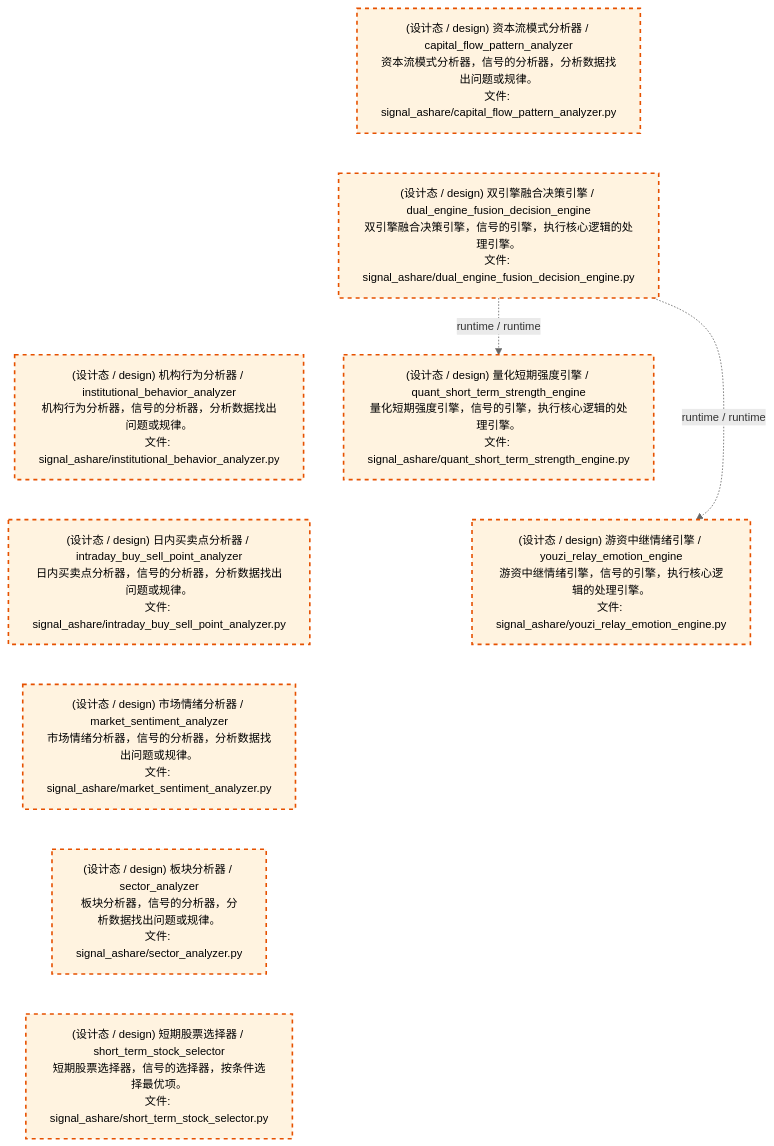
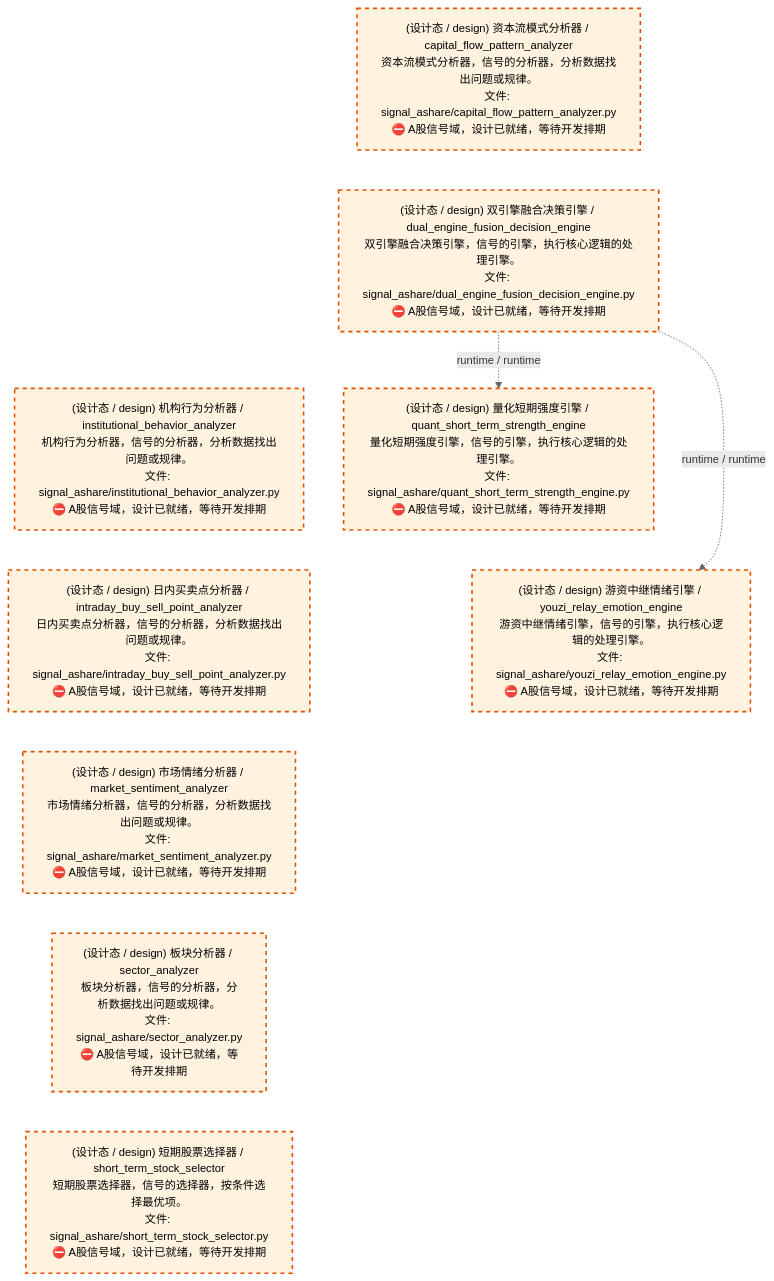
Before and after one commit to xuanFelixVan/ZephyrAlpha: the third of 4 diagrams in docs/02_enterprise_architecture/02_domain_architecture_docs/32_d_ashare_signal.md, drawn with Mermaid. The commit also changed other lines of this file and 50 other files, not shown here.

````diff
--- a/docs/02_enterprise_architecture/02_domain_architecture_docs/32_d_ashare_signal.md
+++ b/docs/02_enterprise_architecture/02_domain_architecture_docs/32_d_ashare_signal.md
@@ -130,27 +130,27 @@
 ```mermaid
 %%{init: {'theme': 'base', 'themeVariables': {'primaryColor': '#eaeaea', 'primaryTextColor': '#333333', 'primaryBorderColor': '#666666', 'lineColor': '#666666', 'secondaryColor': '#eaeaea', 'tertiaryColor': '#eaeaea', 'fontSize': '14px'}}}%%
 flowchart TD
-    src_zephyr_signal_ashare_capital_flow_pattern_analyzer_py["(设计态 / design) 资本流模式分析器 / capital_flow_pattern_analyzer<br/>资本流模式分析器，信号的分析器，分析数据找出问题或规律。<br/>文件: signal_ashare/capital_flow_pattern_analyzer.py"]
-    src_zephyr_signal_ashare_dual_engine_fusion_decision_engine_py["(设计态 / design) 双引擎融合决策引擎 / dual_engine_fusion_decision_engine<br/>双引擎融合决策引擎，信号的引擎，执行核心逻辑的处理引擎。<br/>文件: signal_ashare/dual_engine_fusion_decision_engine.py"]
-    src_zephyr_signal_ashare_institutional_behavior_analyzer_py["(设计态 / design) 机构行为分析器 / institutional_behavior_analyzer<br/>机构行为分析器，信号的分析器，分析数据找出问题或规律。<br/>文件: signal_ashare/institutional_behavior_analyzer.py"]
-    src_zephyr_signal_ashare_intraday_buy_sell_point_analyzer_py["(设计态 / design) 日内买卖点分析器 / intraday_buy_sell_point_analyzer<br/>日内买卖点分析器，信号的分析器，分析数据找出问题或规律。<br/>文件: signal_ashare/intraday_buy_sell_point_analyzer.py"]
-    src_zephyr_signal_ashare_market_sentiment_analyzer_py["(设计态 / design) 市场情绪分析器 / market_sentiment_analyzer<br/>市场情绪分析器，信号的分析器，分析数据找出问题或规律。<br/>文件: signal_ashare/market_sentiment_analyzer.py"]
-    src_zephyr_signal_ashare_sector_analyzer_py["(设计态 / design) 板块分析器 / sector_analyzer<br/>板块分析器，信号的分析器，分析数据找出问题或规律。<br/>文件: signal_ashare/sector_analyzer.py"]
-    src_zephyr_signal_ashare_short_term_stock_selector_py["(设计态 / design) 短期股票选择器 / short_term_stock_selector<br/>短期股票选择器，信号的选择器，按条件选择最优项。<br/>文件: signal_ashare/short_term_stock_selector.py"]
+    src_zephyr_signal_ashare_capital_flow_pattern_analyzer_py["(设计态 / design) 资本流模式分析器 / capital_flow_pattern_analyzer<br/>资本流模式分析器，信号的分析器，分析数据找出问题或规律。<br/>文件: signal_ashare/capital_flow_pattern_analyzer.py<br/>⛔ A股信号域，设计已就绪，等待开发排期"]
+    src_zephyr_signal_ashare_dual_engine_fusion_decision_engine_py["(设计态 / design) 双引擎融合决策引擎 / dual_engine_fusion_decision_engine<br/>双引擎融合决策引擎，信号的引擎，执行核心逻辑的处理引擎。<br/>文件: signal_ashare/dual_engine_fusion_decision_engine.py<br/>⛔ A股信号域，设计已就绪，等待开发排期"]
+    src_zephyr_signal_ashare_institutional_behavior_analyzer_py["(设计态 / design) 机构行为分析器 / institutional_behavior_analyzer<br/>机构行为分析器，信号的分析器，分析数据找出问题或规律。<br/>文件: signal_ashare/institutional_behavior_analyzer.py<br/>⛔ A股信号域，设计已就绪，等待开发排期"]
+    src_zephyr_signal_ashare_intraday_buy_sell_point_analyzer_py["(设计态 / design) 日内买卖点分析器 / intraday_buy_sell_point_analyzer<br/>日内买卖点分析器，信号的分析器，分析数据找出问题或规律。<br/>文件: signal_ashare/intraday_buy_sell_point_analyzer.py<br/>⛔ A股信号域，设计已就绪，等待开发排期"]
+    src_zephyr_signal_ashare_market_sentiment_analyzer_py["(设计态 / design) 市场情绪分析器 / market_sentiment_analyzer<br/>市场情绪分析器，信号的分析器，分析数据找出问题或规律。<br/>文件: signal_ashare/market_sentiment_analyzer.py<br/>⛔ A股信号域，设计已就绪，等待开发排期"]
+    src_zephyr_signal_ashare_sector_analyzer_py["(设计态 / design) 板块分析器 / sector_analyzer<br/>板块分析器，信号的分析器，分析数据找出问题或规律。<br/>文件: signal_ashare/sector_analyzer.py<br/>⛔ A股信号域，设计已就绪，等待开发排期"]
+    src_zephyr_signal_ashare_short_term_stock_selector_py["(设计态 / design) 短期股票选择器 / short_term_stock_selector<br/>短期股票选择器，信号的选择器，按条件选择最优项。<br/>文件: signal_ashare/short_term_stock_selector.py<br/>⛔ A股信号域，设计已就绪，等待开发排期"]
     src_zephyr_signal_ashare_capital_flow_pattern_analyzer_py ~~~ src_zephyr_signal_ashare_dual_engine_fusion_decision_engine_py
     src_zephyr_signal_ashare_dual_engine_fusion_decision_engine_py ~~~ src_zephyr_signal_ashare_institutional_behavior_analyzer_py
     src_zephyr_signal_ashare_institutional_behavior_analyzer_py ~~~ src_zephyr_signal_ashare_intraday_buy_sell_point_analyzer_py
     src_zephyr_signal_ashare_intraday_buy_sell_point_analyzer_py ~~~ src_zephyr_signal_ashare_market_sentiment_analyzer_py
     src_zephyr_signal_ashare_market_sentiment_analyzer_py ~~~ src_zephyr_signal_ashare_sector_analyzer_py
     src_zephyr_signal_ashare_sector_analyzer_py ~~~ src_zephyr_signal_ashare_short_term_stock_selector_py
-    src_zephyr_signal_ashare_quant_short_term_strength_engine_py["(设计态 / design) 量化短期强度引擎 / quant_short_term_strength_engine<br/>量化短期强度引擎，信号的引擎，执行核心逻辑的处理引擎。<br/>文件: signal_ashare/quant_short_term_strength_engine.py"]
-    src_zephyr_signal_ashare_youzi_relay_emotion_engine_py["(设计态 / design) 游资中继情绪引擎 / youzi_relay_emotion_engine<br/>游资中继情绪引擎，信号的引擎，执行核心逻辑的处理引擎。<br/>文件: signal_ashare/youzi_relay_emotion_engine.py"]
+    src_zephyr_signal_ashare_quant_short_term_strength_engine_py["(设计态 / design) 量化短期强度引擎 / quant_short_term_strength_engine<br/>量化短期强度引擎，信号的引擎，执行核心逻辑的处理引擎。<br/>文件: signal_ashare/quant_short_term_strength_engine.py<br/>⛔ A股信号域，设计已就绪，等待开发排期"]
+    src_zephyr_signal_ashare_youzi_relay_emotion_engine_py["(设计态 / design) 游资中继情绪引擎 / youzi_relay_emotion_engine<br/>游资中继情绪引擎，信号的引擎，执行核心逻辑的处理引擎。<br/>文件: signal_ashare/youzi_relay_emotion_engine.py<br/>⛔ A股信号域，设计已就绪，等待开发排期"]
     src_zephyr_signal_ashare_quant_short_term_strength_engine_py ~~~ src_zephyr_signal_ashare_youzi_relay_emotion_engine_py
     src_zephyr_signal_ashare_dual_engine_fusion_decision_engine_py -.->|runtime / runtime| src_zephyr_signal_ashare_youzi_relay_emotion_engine_py
     src_zephyr_signal_ashare_dual_engine_fusion_decision_engine_py -.->|runtime / runtime| src_zephyr_signal_ashare_quant_short_term_strength_engine_py
     classDef production fill:#e1f5fe,stroke:#01579b,stroke-width:2px,color:#000
     classDef design fill:#fff3e0,stroke:#e65100,stroke-width:2px,color:#000,stroke-dasharray: 5 5
     classDef external_prod fill:#e8f4fd,stroke:#0277bd,stroke-width:1px,color:#000
     classDef external_design fill:#fff8e7,stroke:#ef6c00,stroke-width:1px,color:#000,stroke-dasharray: 5 5
     class src_zephyr_signal_ashare_capital_flow_pattern_analyzer_py,src_zephyr_signal_ashare_dual_engine_fusion_decision_engine_py,src_zephyr_signal_ashare_institutional_behavior_analyzer_py,src_zephyr_signal_ashare_intraday_buy_sell_point_analyzer_py,src_zephyr_signal_ashare_market_sentiment_analyzer_py,src_zephyr_signal_ashare_quant_short_term_strength_engine_py,src_zephyr_signal_ashare_sector_analyzer_py,src_zephyr_signal_ashare_short_term_stock_selector_py,src_zephyr_signal_ashare_youzi_relay_emotion_engine_py design
 ```
````
